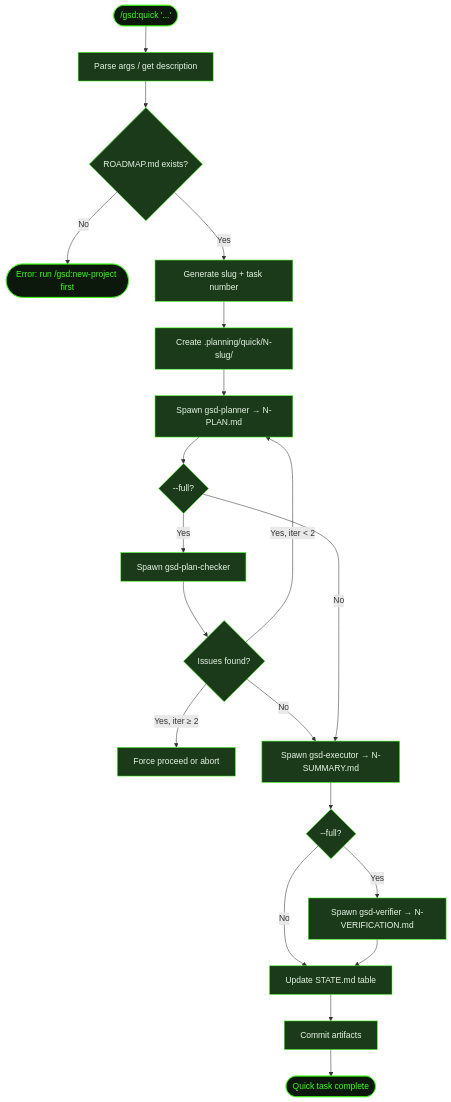
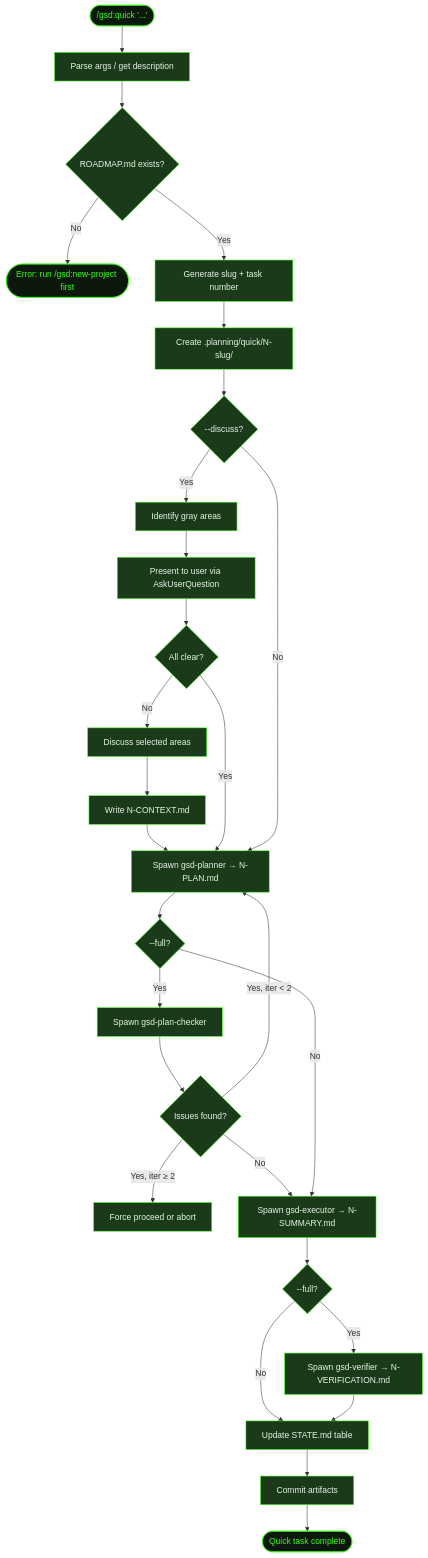
One commit to shusha-group/gsd2-guide changed the diagram in src/content/docs/recipes/small-change.mdx. Above: the diagram before and after it, drawn with Mermaid. The commit also changed other lines of this file and 63 other files, not shown here.

First line of the commit message:
chore: update gsd-pi, regenerate all stale pages, fix MDX curly-brace escaping

````diff
--- a/src/content/docs/recipes/small-change.mdx
+++ b/src/content/docs/recipes/small-change.mdx
@@ -47,40 +56,54 @@
 ```mermaid
 flowchart TD
     Start(["/gsd:quick '...'"]) --> Parse[Parse args / get description]
     Parse --> Validate{ROADMAP.md exists?}
     Validate -->|No| Fail([Error: run /gsd:new-project first])
     Validate -->|Yes| Init[Generate slug + task number]
     Init --> TaskDir[Create .planning/quick/N-slug/]
-    TaskDir --> Planner[Spawn gsd-planner → N-PLAN.md]
+    TaskDir --> DiscussCheck{--discuss?}
+    DiscussCheck -->|Yes| GrayAreas[Identify gray areas]
+    GrayAreas --> AskUser[Present to user via AskUserQuestion]
+    AskUser --> AllClear{All clear?}
+    AllClear -->|No| Discuss[Discuss selected areas]
+    Discuss --> WriteCtx[Write N-CONTEXT.md]
+    WriteCtx --> Planner
+    AllClear -->|Yes| Planner
+    DiscussCheck -->|No| Planner[Spawn gsd-planner → N-PLAN.md]
     Planner --> FullCheck{--full?}
     FullCheck -->|Yes| Checker[Spawn gsd-plan-checker]
     Checker --> Issues{Issues found?}
     Issues -->|Yes, iter < 2| Planner
     Issues -->|Yes, iter ≥ 2| OfferChoice[Force proceed or abort]
     Issues -->|No| Executor
     FullCheck -->|No| Executor[Spawn gsd-executor → N-SUMMARY.md]
     Executor --> FullVerify{--full?}
     FullVerify -->|Yes| Verifier[Spawn gsd-verifier → N-VERIFICATION.md]
     FullVerify -->|No| State
     Verifier --> State[Update STATE.md table]
     State --> Commit[Commit artifacts]
     Commit --> Done([Quick task complete])
 
     style Start fill:#0d180d,stroke:#39ff14,color:#39ff14
     style Fail fill:#0d180d,stroke:#39ff14,color:#39ff14
     style Done fill:#0d180d,stroke:#39ff14,color:#39ff14
     style Parse fill:#1a3a1a,stroke:#39ff14,color:#e8f4e8
     style Validate fill:#1a3a1a,stroke:#39ff14,color:#e8f4e8
     style Init fill:#1a3a1a,stroke:#39ff14,color:#e8f4e8
     style TaskDir fill:#1a3a1a,stroke:#39ff14,color:#e8f4e8
+    style DiscussCheck fill:#1a3a1a,stroke:#39ff14,color:#e8f4e8
+    style GrayAreas fill:#1a3a1a,stroke:#39ff14,color:#e8f4e8
+    style AskUser fill:#1a3a1a,stroke:#39ff14,color:#e8f4e8
+    style AllClear fill:#1a3a1a,stroke:#39ff14,color:#e8f4e8
+    style Discuss fill:#1a3a1a,stroke:#39ff14,color:#e8f4e8
+    style WriteCtx fill:#1a3a1a,stroke:#39ff14,color:#e8f4e8
     style Planner fill:#1a3a1a,stroke:#39ff14,color:#e8f4e8
     style FullCheck fill:#1a3a1a,stroke:#39ff14,color:#e8f4e8
     style Checker fill:#1a3a1a,stroke:#39ff14,color:#e8f4e8
     style Issues fill:#1a3a1a,stroke:#39ff14,color:#e8f4e8
     style OfferChoice fill:#1a3a1a,stroke:#39ff14,color:#e8f4e8
     style Executor fill:#1a3a1a,stroke:#39ff14,color:#e8f4e8
     style FullVerify fill:#1a3a1a,stroke:#39ff14,color:#e8f4e8
     style Verifier fill:#1a3a1a,stroke:#39ff14,color:#e8f4e8
     style State fill:#1a3a1a,stroke:#39ff14,color:#e8f4e8
     style Commit fill:#1a3a1a,stroke:#39ff14,color:#e8f4e8
 ```
````
